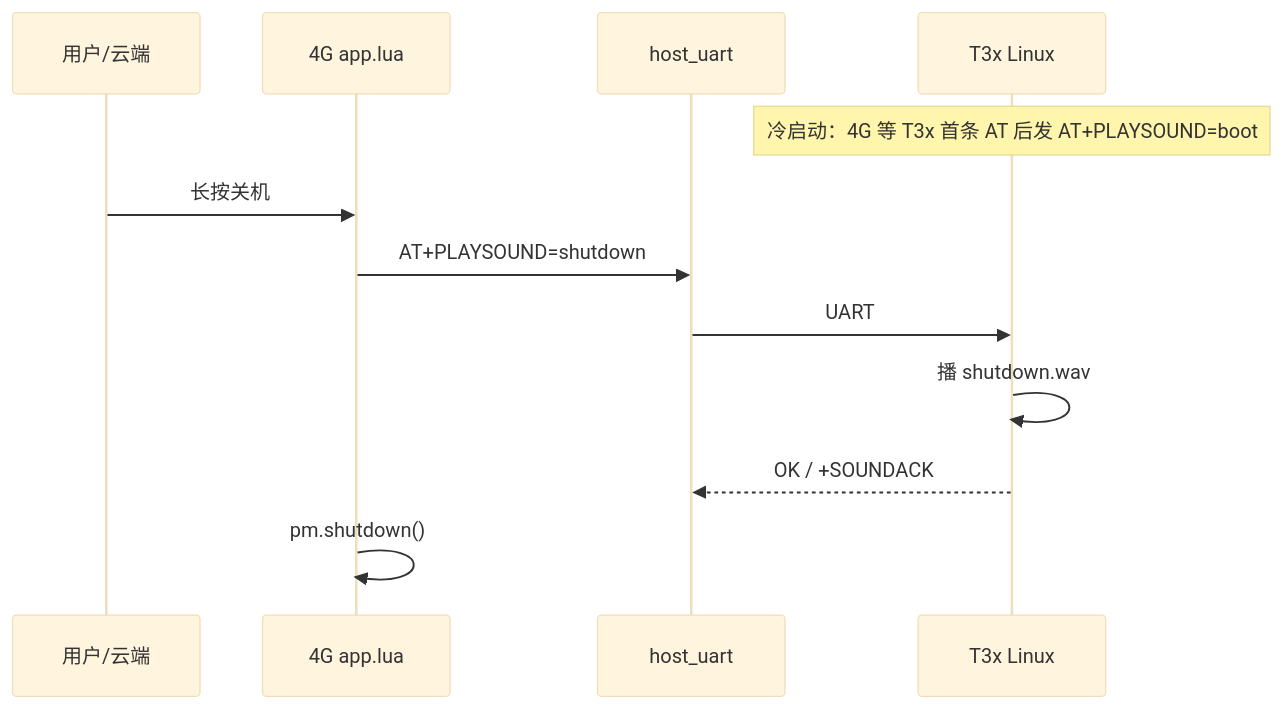
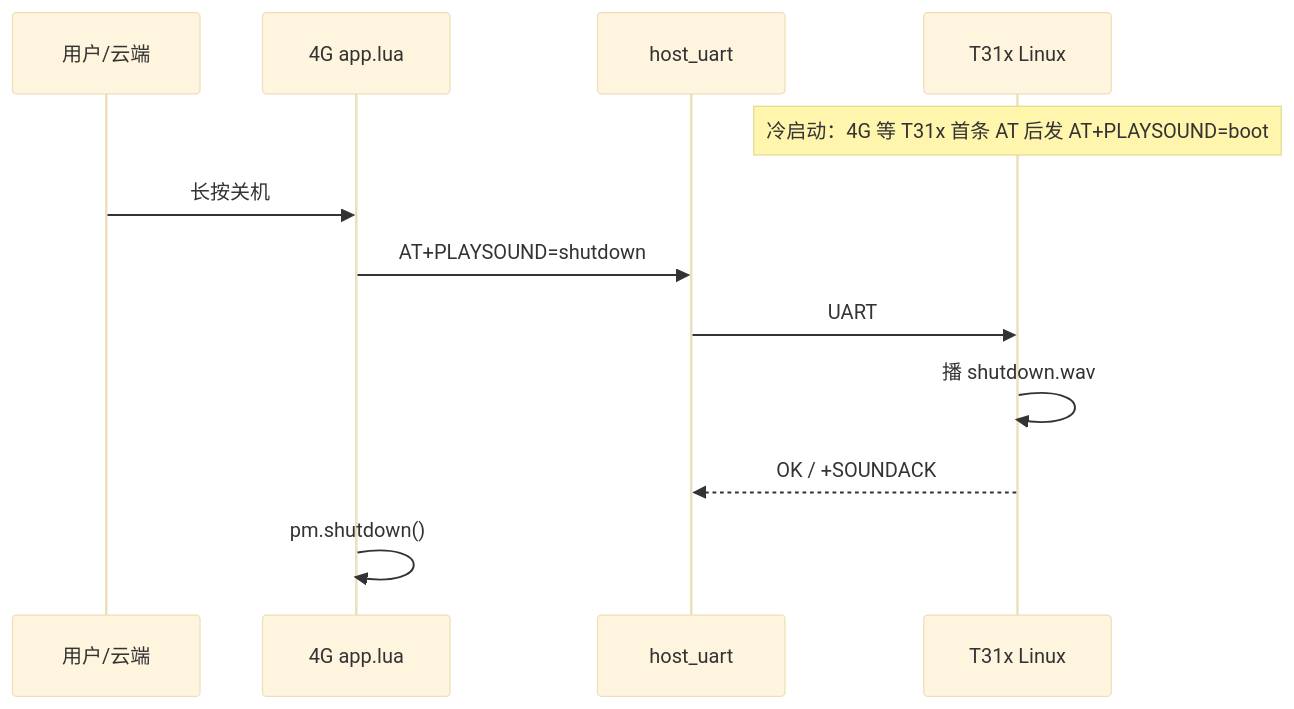
The second of 5 diagrams in doc/BOOT_SHUTDOWN_SOUND.md (dzr1986/AIR780EHM), drawn with Mermaid (base theme) before and after one commit. The commit also changed other lines of this file and 402 other files, not shown here.

````diff
--- a/doc/BOOT_SHUTDOWN_SOUND.md
+++ b/doc/BOOT_SHUTDOWN_SOUND.md
@@ -79,15 +79,15 @@
 ```mermaid
 sequenceDiagram
     participant U as 用户/云端
     participant G as 4G app.lua
     participant H as host_uart
-    participant T as T3x Linux
+    participant T as T31x Linux
 
-  Note over T: 冷启动：4G 等 T3x 首条 AT 后发 AT+PLAYSOUND=boot
+  Note over T: 冷启动：4G 等 T31x 首条 AT 后发 AT+PLAYSOUND=boot
     U->>G: 长按关机
     G->>H: AT+PLAYSOUND=shutdown
     H->>T: UART
     T->>T: 播 shutdown.wav
     T-->>H: OK / +SOUNDACK
     G->>G: pm.shutdown()
 ```
````
